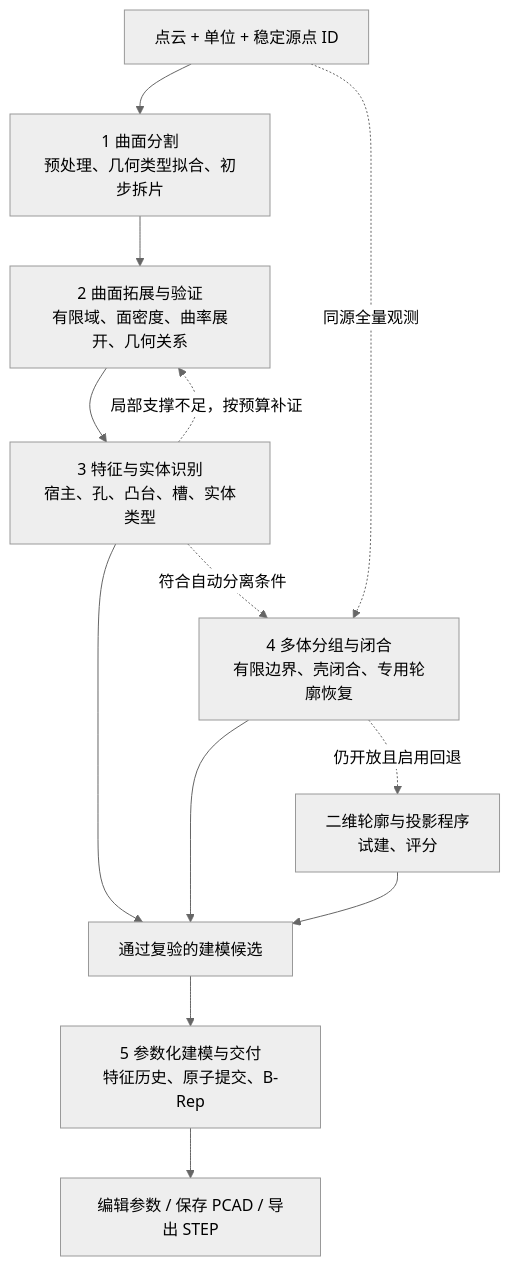
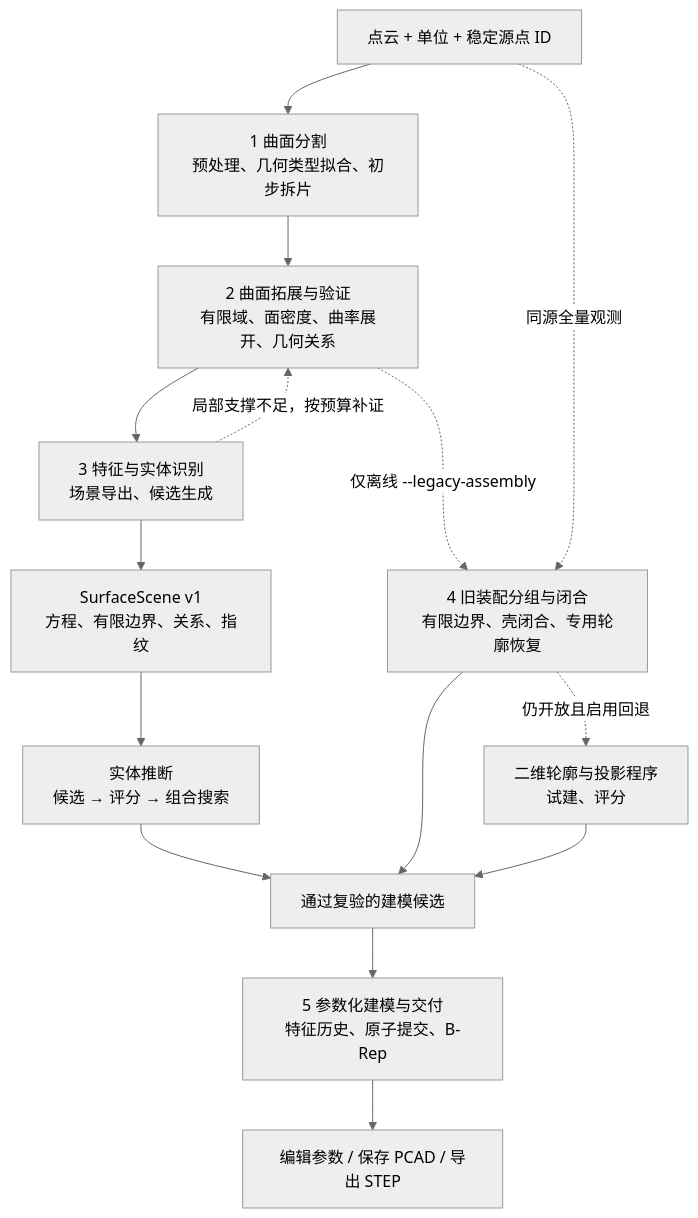
Before and after one commit to ghhufue/Bochu-ParamCAD: the diagram in docs/site/modules/point-cloud-to-cad.md, drawn with Mermaid (neutral theme). The commit also changed other lines of this file and 28 other files, not shown here.

Commit message:
docs: document surface scene solid inference and legacy isolation

````diff
--- a/docs/site/modules/point-cloud-to-cad.md
+++ b/docs/site/modules/point-cloud-to-cad.md
@@ -23,15 +23,17 @@
 ```mermaid
 flowchart TD
     INPUT["点云 + 单位 + 稳定源点 ID"] --> SEG["1 曲面分割<br/>预处理、几何类型拟合、初步拆片"]
     SEG --> SUPPORT["2 曲面拓展与验证<br/>有限域、面密度、曲率展开、几何关系"]
-    SUPPORT --> FEATURE["3 特征与实体识别<br/>宿主、孔、凸台、槽、实体类型"]
-    FEATURE --> CAND["通过复验的建模候选"]
+    SUPPORT --> FEATURE["3 特征与实体识别<br/>场景导出、候选生成"]
+    FEATURE --> SCENE["SurfaceScene v1<br/>方程、有限边界、关系、指纹"]
+    SCENE --> INFER["实体推断<br/>候选 → 评分 → 组合搜索"]
+    INFER --> CAND["通过复验的建模候选"]
     FEATURE -. "局部支撑不足，按预算补证" .-> SUPPORT
-    FEATURE -. "符合自动分离条件" .-> PART["4 多体分组与闭合<br/>有限边界、壳闭合、专用轮廓恢复"]
+    SUPPORT -. "仅离线 --legacy-assembly" .-> PART["4 旧装配分组与闭合<br/>有限边界、壳闭合、专用轮廓恢复"]
     INPUT -. "同源全量观测" .-> PART
     PART --> CAND
     PART -. "仍开放且启用回退" .-> PROJ["二维轮廓与投影程序<br/>试建、评分"]
     PROJ --> CAND
     CAND --> MODEL["5 参数化建模与交付<br/>特征历史、原子提交、B-Rep"]
     MODEL --> SAVE["编辑参数 / 保存 PCAD / 导出 STEP"]
 ```
````
